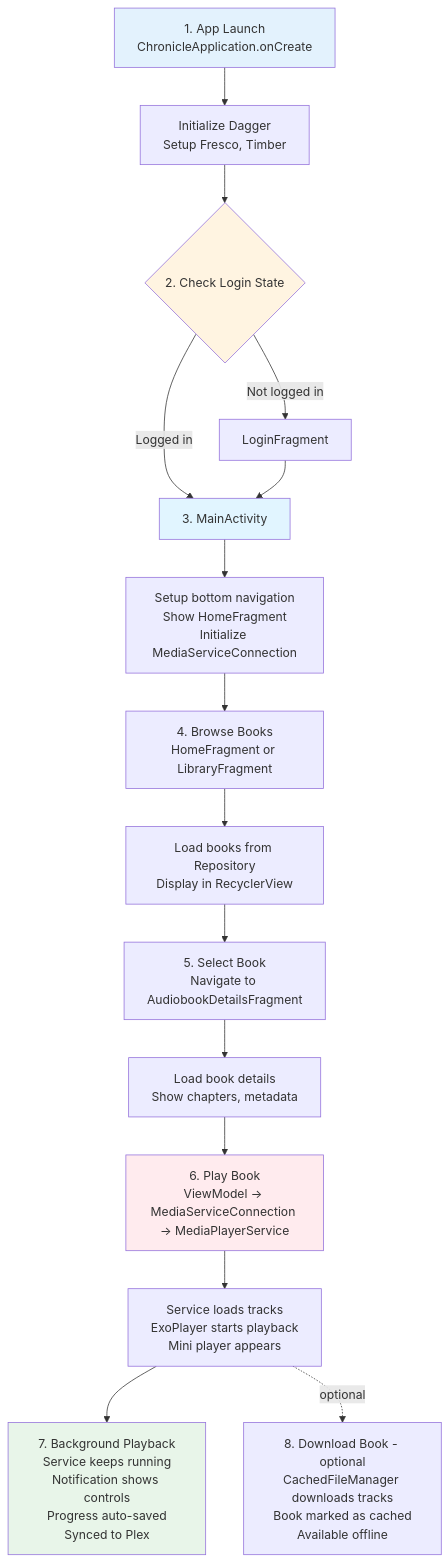
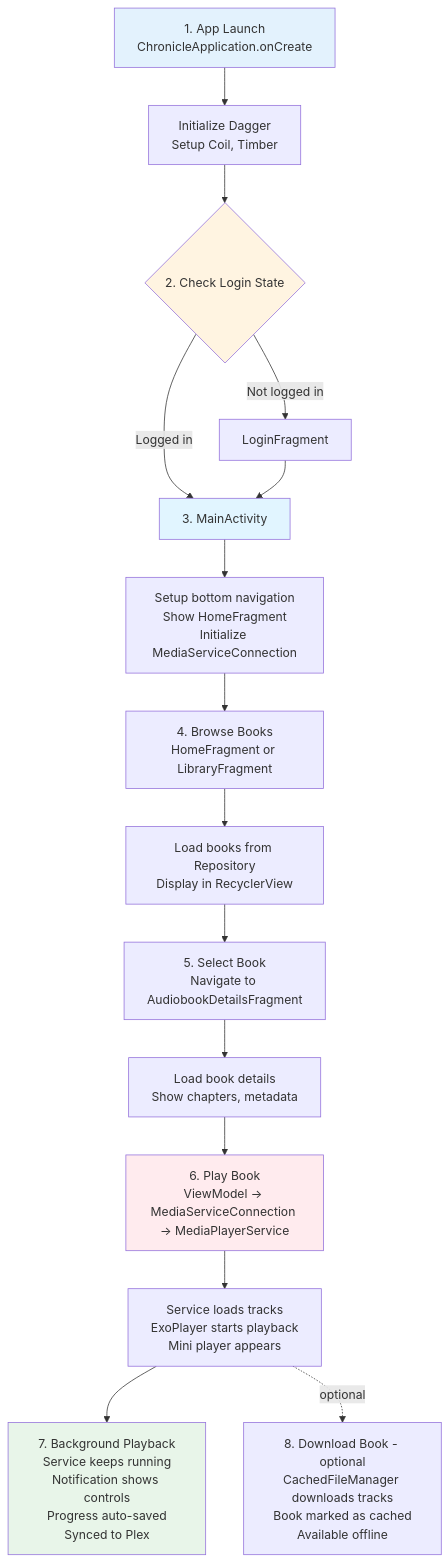
One commit to alebianco/chronicle changed the eighth of 8 diagrams in backlog/docs/reference/07-visual-guide.md. Above: the diagram before and after it, drawn with Mermaid. The commit also changed other lines of this file and 29 other files, not shown here.

````diff
--- a/backlog/docs/reference/07-visual-guide.md
+++ b/backlog/docs/reference/07-visual-guide.md
@@ -281,38 +281,38 @@
 ```mermaid
 flowchart TD
     A[1. App Launch<br/>ChronicleApplication.onCreate]
-    B[Initialize Dagger<br/>Setup Fresco, Timber]
+    B[Initialize Dagger<br/>Setup Coil, Timber]
     C{2. Check Login State}
     D[LoginFragment]
     E[3. MainActivity]
     F[Setup bottom navigation<br/>Show HomeFragment<br/>Initialize MediaServiceConnection]
     G[4. Browse Books<br/>HomeFragment or LibraryFragment]
     H[Load books from Repository<br/>Display in RecyclerView]
     I[5. Select Book<br/>Navigate to AudiobookDetailsFragment]
     J[Load book details<br/>Show chapters, metadata]
     K[6. Play Book<br/>ViewModel → MediaServiceConnection → MediaPlayerService]
     L[Service loads tracks<br/>ExoPlayer starts playback<br/>Mini player appears]
     M[7. Background Playback<br/>Service keeps running<br/>Notification shows controls<br/>Progress auto-saved<br/>Synced to Plex]
     N[8. Download Book - optional<br/>CachedFileManager downloads tracks<br/>Book marked as cached<br/>Available offline]
     
     A --> B
     B --> C
     C -->|Not logged in| D
     C -->|Logged in| E
     D --> E
     E --> F
     F --> G
     G --> H
     H --> I
     I --> J
     J --> K
     K --> L
     L --> M
     L -.optional.-> N
     
     style A fill:#e3f2fd
     style C fill:#fff4e1
     style E fill:#e1f5ff
     style K fill:#ffebee
     style M fill:#e8f5e9
 ```
````
